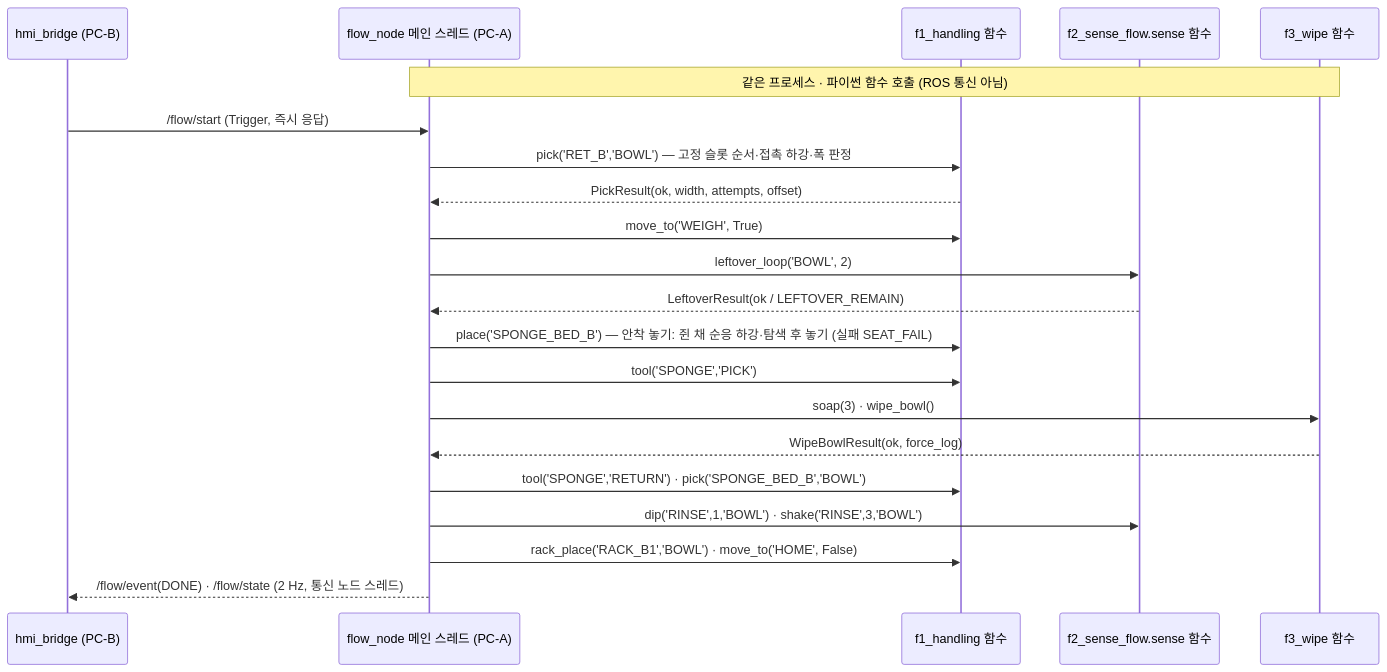
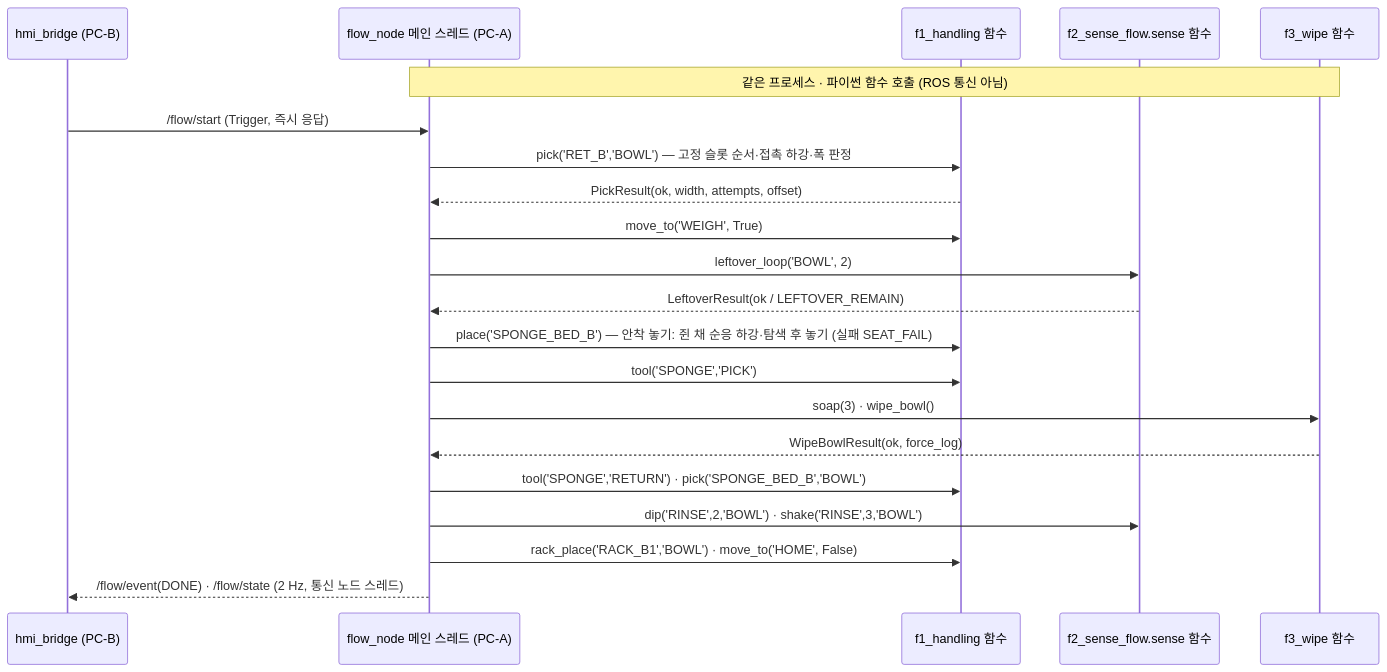
The first of 2 diagrams in docs/03_설계_SDD.md (hwang-injae/rokey_9_pjt1_D2), drawn with Mermaid before and after one commit. The commit also changed other lines of this file and 3 other files, not shown here.

````diff
--- a/docs/03_설계_SDD.md
+++ b/docs/03_설계_SDD.md
@@ -214,23 +214,23 @@
 ```mermaid
 sequenceDiagram
   participant H as hmi_bridge (PC-B)
   participant W as flow_node 메인 스레드 (PC-A)
   participant A as f1_handling 함수
   participant B as f2_sense_flow.sense 함수
   participant C as f3_wipe 함수
   Note over W,C: 같은 프로세스 · 파이썬 함수 호출 (ROS 통신 아님)
   H->>W: /flow/start (Trigger, 즉시 응답)
   W->>A: pick('RET_B','BOWL')  — 고정 슬롯 순서·접촉 하강·폭 판정
   A-->>W: PickResult(ok, width, attempts, offset)
   W->>A: move_to('WEIGH', True)
   W->>B: leftover_loop('BOWL', 2)
   B-->>W: LeftoverResult(ok / LEFTOVER_REMAIN)
   W->>A: place('SPONGE_BED_B')  — 안착 놓기: 쥔 채 순응 하강·탐색 후 놓기 (실패 SEAT_FAIL)
   W->>A: tool('SPONGE','PICK')
   W->>C: soap(3) · wipe_bowl()
   C-->>W: WipeBowlResult(ok, force_log)
   W->>A: tool('SPONGE','RETURN') · pick('SPONGE_BED_B','BOWL')
-  W->>B: dip('RINSE',1,'BOWL') · shake('RINSE',3,'BOWL')
+  W->>B: dip('RINSE',2,'BOWL') · shake('RINSE',3,'BOWL')
   W->>A: rack_place('RACK_B1','BOWL') · move_to('HOME', False)
   W-->>H: /flow/event(DONE) · /flow/state (2 Hz, 통신 노드 스레드)
 ```
````
